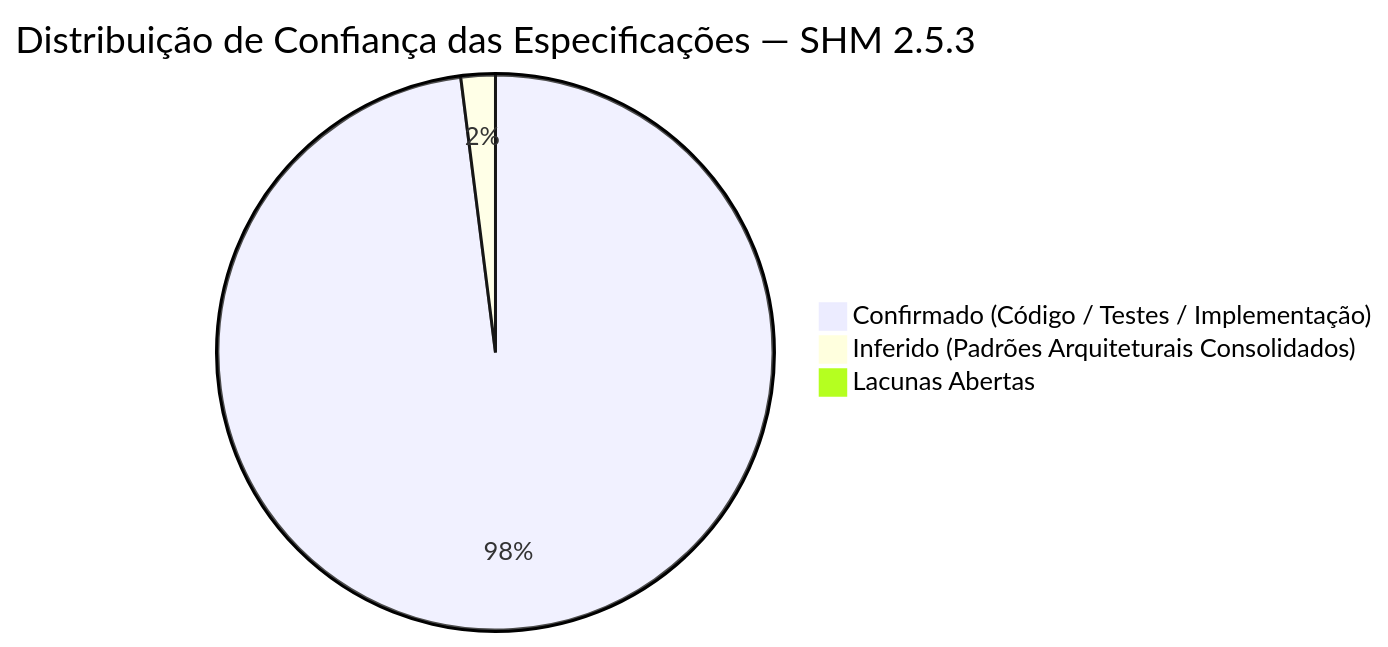
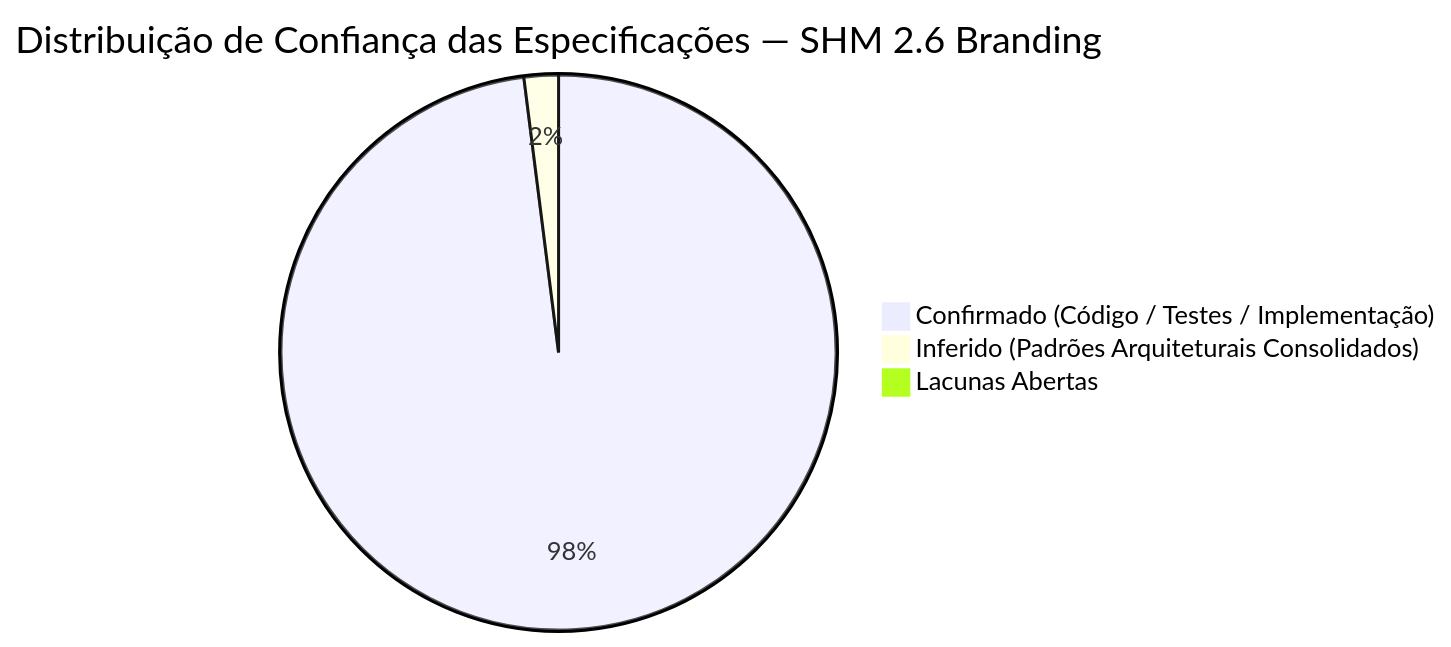
One commit to andresouza72br-sketch/SHM-Support-Hours-Manager changed the diagram in _reversa_sdd/confidence-report.md. Above: the diagram before and after it, drawn with Mermaid. The commit also changed other lines of this file and 9 other files, not shown here.

````diff
--- a/_reversa_sdd/confidence-report.md
+++ b/_reversa_sdd/confidence-report.md
@@ -11,6 +11,6 @@
 ```mermaid
-pie title Distribuição de Confiança das Especificações — SHM 2.5.3
+pie title Distribuição de Confiança das Especificações — SHM 2.6 Branding
     "Confirmado (Código / Testes / Implementação)" : 98
     "Inferido (Padrões Arquiteturais Consolidados)" : 2
     "Lacunas Abertas" : 0
 ```
````
